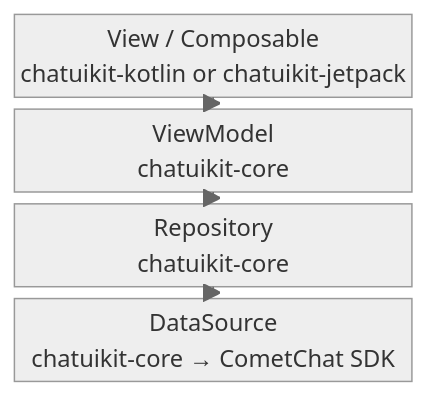
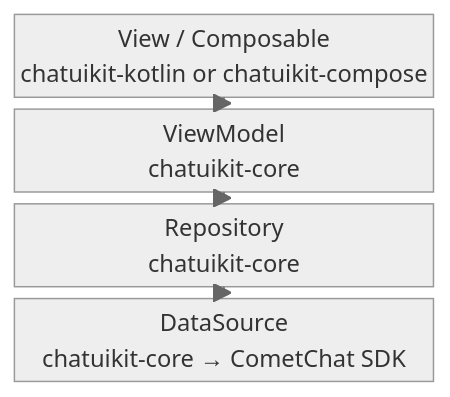
One commit to cometchat/docs changed the second of 6 diagrams in ui-kit/android/architecture-data-flow.mdx. Above: the diagram before and after it, drawn with Mermaid (neutral theme). The commit also changed other lines of this file and 17 other files, not shown here.

Commit message:
docs: update package references from chatuikit-jetpack to chatuikit-compose and bump version numbers to 6.0.6

````diff
--- a/ui-kit/android/architecture-data-flow.mdx
+++ b/ui-kit/android/architecture-data-flow.mdx
@@ -39,12 +39,12 @@
 ```mermaid
 block-beta
     columns 1
-    A["View / Composable\nchatuikit-kotlin or chatuikit-jetpack"]
+    A["View / Composable\nchatuikit-kotlin or chatuikit-compose"]
     B["ViewModel\nchatuikit-core"]
     C["Repository\nchatuikit-core"]
     D["DataSource\nchatuikit-core → CometChat SDK"]
 
     A --> B
     B --> C
     C --> D
 ```
````
